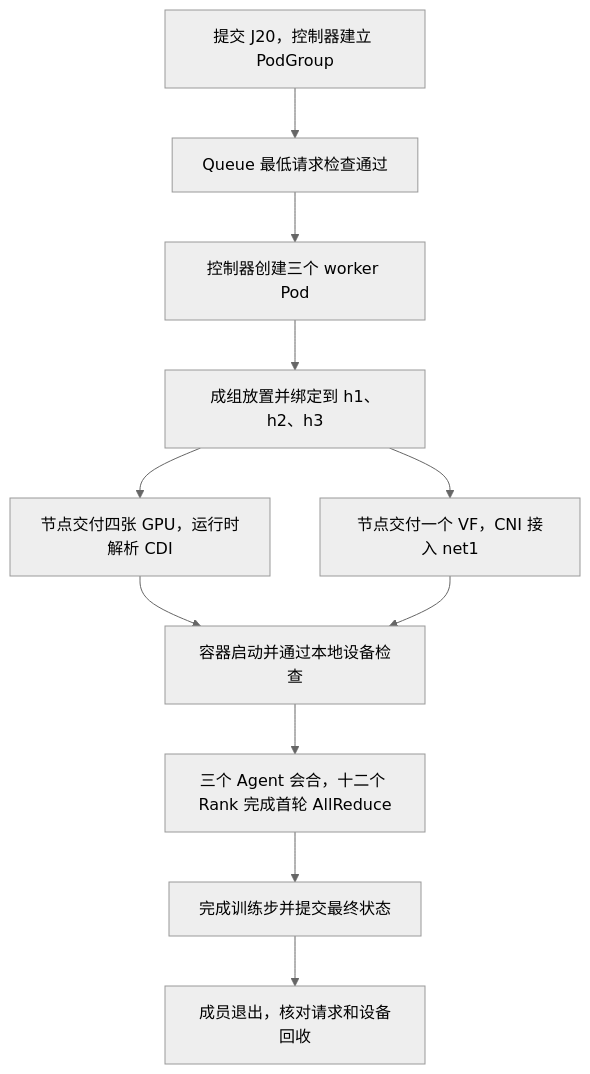
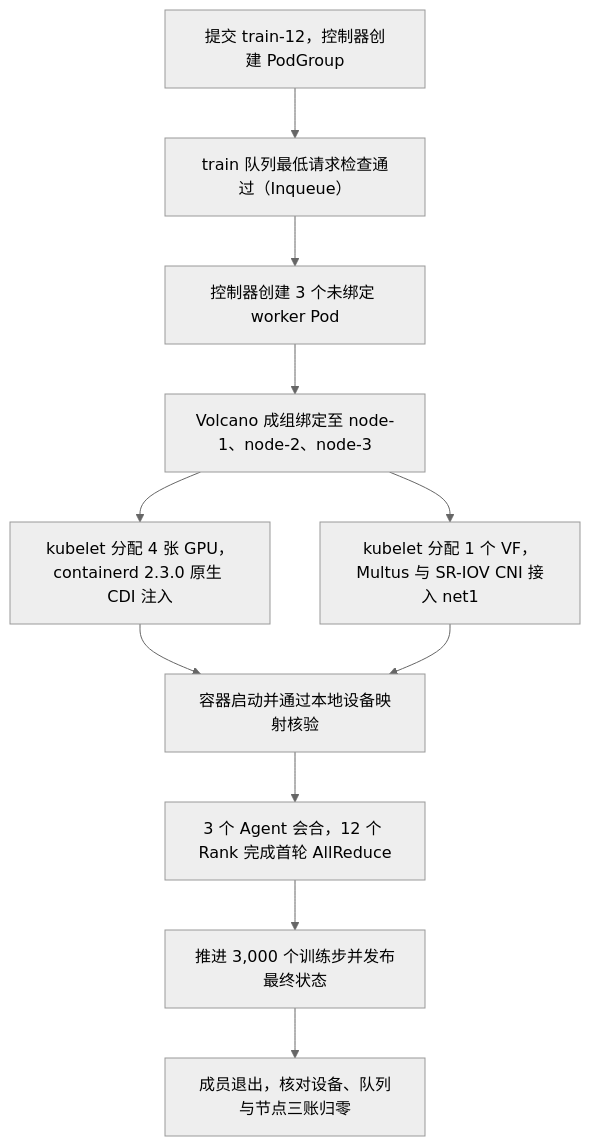
Before and after one commit to realtyz/ops-manual: the first of 2 diagrams in AI-Infra/20_用完整场景串联整套知识/01_三节点 GPU 作业的生命周期与数据路径.md, drawn with Mermaid (neutral theme). The commit also changed other lines of this file and 194 other files, not shown here.

````diff
--- a/AI-Infra/20_用完整场景串联整套知识/01_三节点 GPU 作业的生命周期与数据路径.md
+++ b/AI-Infra/20_用完整场景串联整套知识/01_三节点 GPU 作业的生命周期与数据路径.md
@@ -28,15 +91,15 @@
 ```mermaid
 flowchart TD
-    accTitle: 从 VolcanoJob 到设备交付和作业回收
-    accDescr: 控制器建立 PodGroup，队列检查后创建三个 Pod，调度器成组放置。GPU 注入与 VF 接入汇合于应用启动，随后是会合、首轮通信、训练、退出与资源归账。
-    J["提交 J20，控制器建立 PodGroup"] --> Q["Queue 最低请求检查通过"]
-    Q --> P["控制器创建三个 worker Pod"]
-    P --> B["成组放置并绑定到 h1、h2、h3"]
-    B --> G["节点交付四张 GPU，运行时解析 CDI"]
-    B --> V["节点交付一个 VF，CNI 接入 net1"]
-    G --> S["容器启动并通过本地设备检查"]
+    accTitle: 从提交作业到设备交付与退出归账
+    accDescr: 提交作业后控制器建立 PodGroup，队列配额检查通过后创建三个 Pod，调度器成组放置到三台主机。随后 GPU 原生 CDI 注入与 SR-IOV VF 接入并行汇合于容器启动，接着完成会合、首轮 AllReduce、训练与退出归账。
+    J["提交 train-12，控制器创建 PodGroup"] --> Q["train 队列最低请求检查通过（Inqueue）"]
+    Q --> P["控制器创建 3 个未绑定 worker Pod"]
+    P --> B["Volcano 成组绑定至 node-1、node-2、node-3"]
+    B --> G["kubelet 分配 4 张 GPU，containerd 2.3.0 原生 CDI 注入"]
+    B --> V["kubelet 分配 1 个 VF，Multus 与 SR-IOV CNI 接入 net1"]
+    G --> S["容器启动并通过本地设备映射核验"]
     V --> S
-    S --> R["三个 Agent 会合，十二个 Rank 完成首轮 AllReduce"]
-    R --> T["完成训练步并提交最终状态"]
-    T --> E["成员退出，核对请求和设备回收"]
+    S --> R["3 个 Agent 会合，12 个 Rank 完成首轮 AllReduce"]
+    R --> T["推进 3,000 个训练步并发布最终状态"]
+    T --> E["成员退出，核对设备、队列与节点三账归零"]
 ```
````
